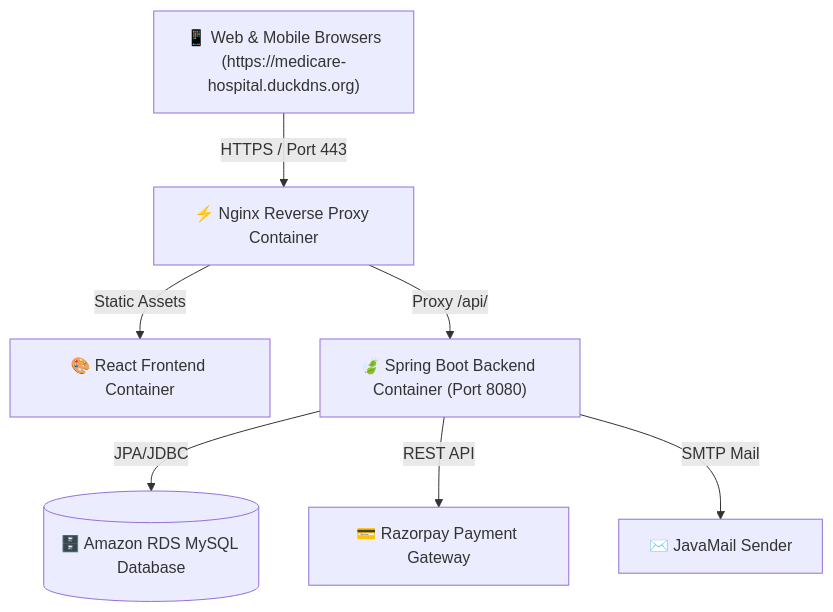
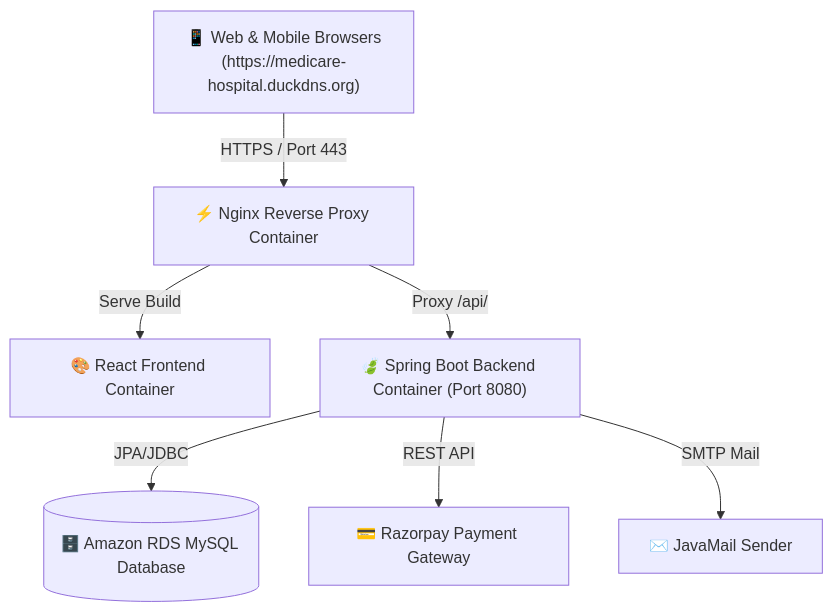
The diagram in README.md (utkarshpawade1234/Hospital-Management-System), drawn with Mermaid before and after one commit. The commit also changed other lines of this file, not shown here.

````diff
--- a/README.md
+++ b/README.md
@@ -49,9 +59,9 @@
 ```mermaid
 graph TD
     Client["📱 Web & Mobile Browsers<br>(https://medicare-hospital.duckdns.org)"] -->|HTTPS / Port 443| Nginx["⚡ Nginx Reverse Proxy Container"]
-    Nginx -->|Static Assets| ReactApp["🎨 React Frontend Container"]
+    Nginx -->|Serve Build| ReactApp["🎨 React Frontend Container"]
     Nginx -->|Proxy /api/| SpringBoot["🍃 Spring Boot Backend Container (Port 8080)"]
     SpringBoot -->|JPA/JDBC| RDS[("🗄️ Amazon RDS MySQL Database")]
     SpringBoot -->|REST API| Razorpay["💳 Razorpay Payment Gateway"]
     SpringBoot -->|SMTP Mail| Gmail["✉️ JavaMail Sender"]
 ```
````
